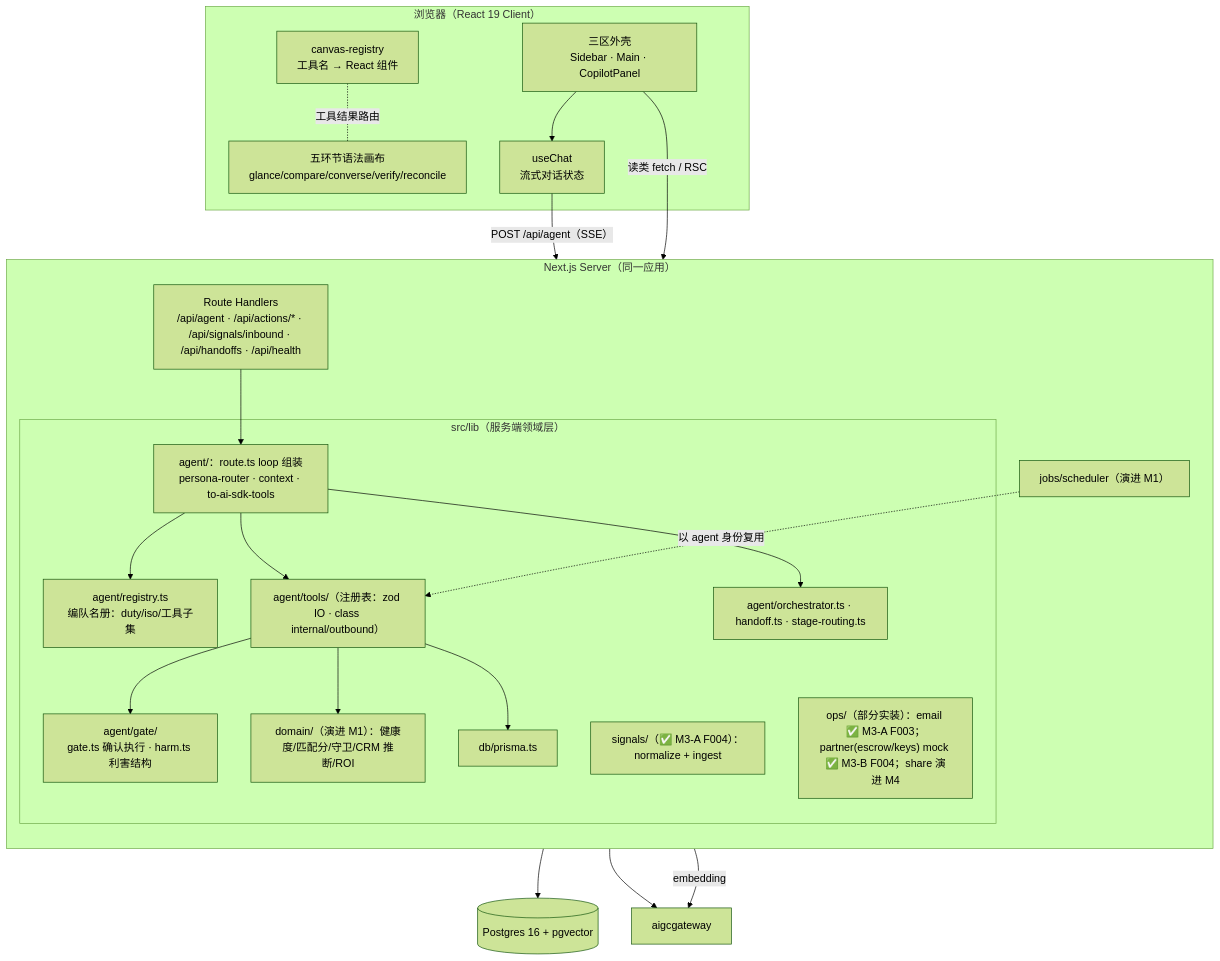
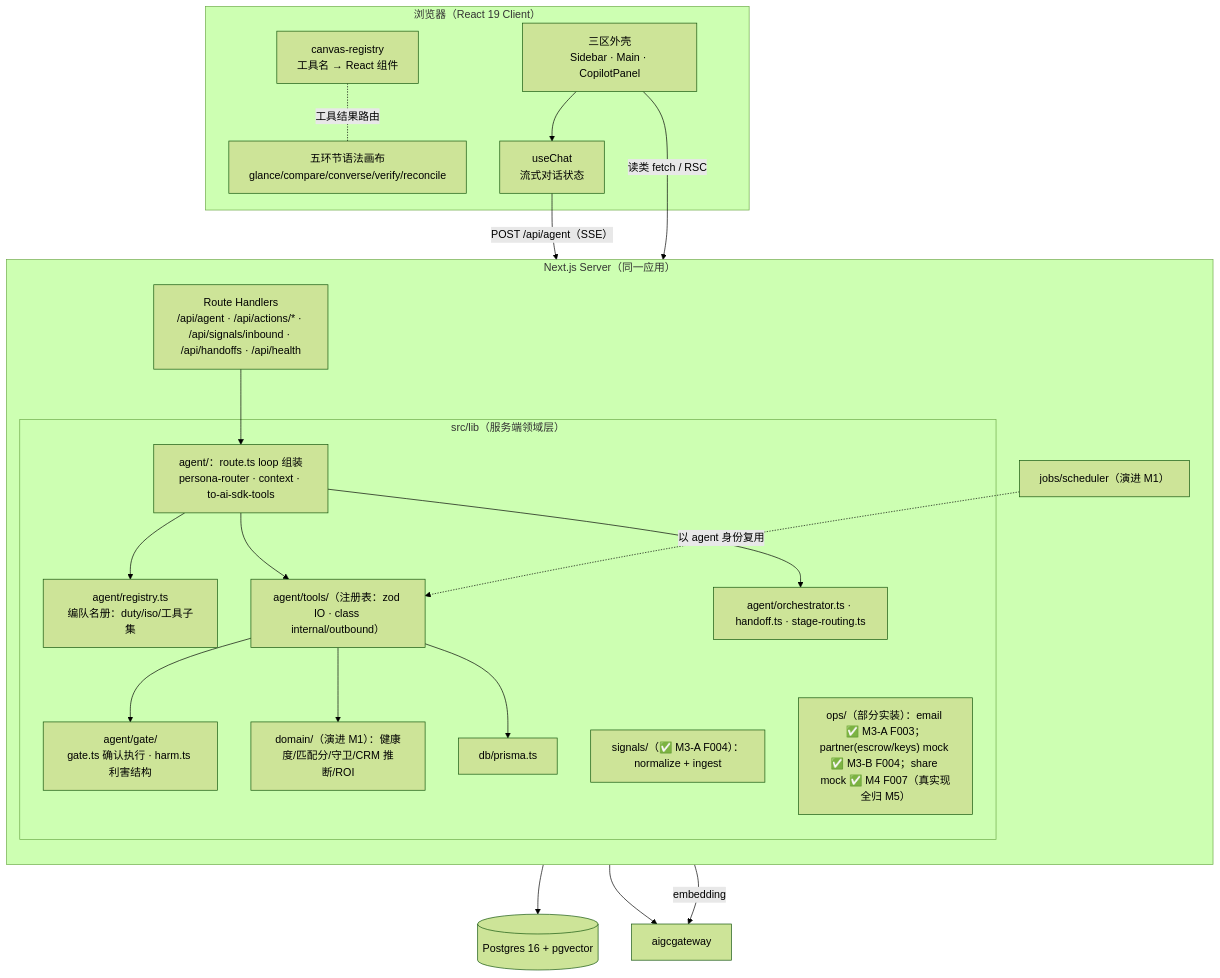
One commit to tripplemay/newkolmatrix changed the third of 6 diagrams in docs/dev/architecture.md. Above: the diagram before and after it, drawn with Mermaid (forest theme). The commit also changed other lines of this file and 1 other file, not shown here.

````diff
--- a/docs/dev/architecture.md
+++ b/docs/dev/architecture.md
@@ -232,41 +232,41 @@
 ```mermaid
 flowchart TB
     subgraph 浏览器["浏览器（React 19 Client）"]
         SHELL[三区外壳<br/>Sidebar · Main · CopilotPanel]
         SURF[五环节语法画布<br/>glance/compare/converse/verify/reconcile]
         REG[canvas-registry<br/>工具名 → React 组件]
         CHAT[useChat<br/>流式对话状态]
     end
 
     subgraph SERVER["Next.js Server（同一应用）"]
         direction TB
         RH["Route Handlers<br/>/api/agent · /api/actions/* · /api/signals/inbound · /api/handoffs · /api/health"]
         JOBS["jobs/scheduler（演进 M1）"]
         subgraph LIB["src/lib（服务端领域层）"]
             RUNTIME[agent/：route.ts loop 组装<br/>persona-router · context · to-ai-sdk-tools]
             AGENTS[agent/registry.ts<br/>编队名册：duty/iso/工具子集]
             TOOLREG["agent/tools/（注册表：zod IO · class internal/outbound）"]
             GATE[agent/gate/<br/>gate.ts 确认执行 · harm.ts 利害结构]
             ORCH[agent/orchestrator.ts · handoff.ts · stage-routing.ts]
             DOMAIN["domain/（演进 M1）：健康度/匹配分/守卫/CRM 推断/ROI"]
             SIG["signals/（✅ M3-A F004）：normalize + ingest"]
             DATA[db/prisma.ts]
-            OPS["ops/（部分实装）：email ✅ M3-A F003；partner(escrow/keys) mock ✅ M3-B F004；share 演进 M4"]
+            OPS["ops/（部分实装）：email ✅ M3-A F003；partner(escrow/keys) mock ✅ M3-B F004；share mock ✅ M4 F007（真实现全归 M5）"]
         end
     end
 
     DB[(Postgres 16 + pgvector)]
     GW[aigcgateway]
 
     SHELL --> CHAT -->|POST /api/agent（SSE）| RH
     SHELL -->|读类 fetch / RSC| RH
     REG -. 工具结果路由 .- SURF
     RH --> RUNTIME --> AGENTS
     RUNTIME --> TOOLREG --> GATE
     TOOLREG --> DOMAIN
     TOOLREG --> DATA --> DB
     RUNTIME --> ORCH
     JOBS -.->|以 agent 身份复用| TOOLREG
     RUNTIME --> GW
     DATA -->|embedding| GW
 ```
````
